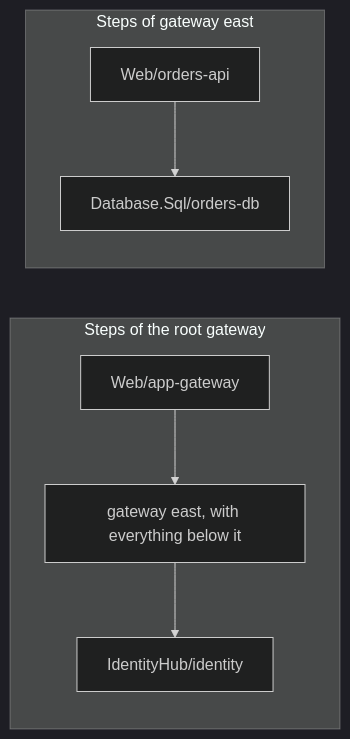
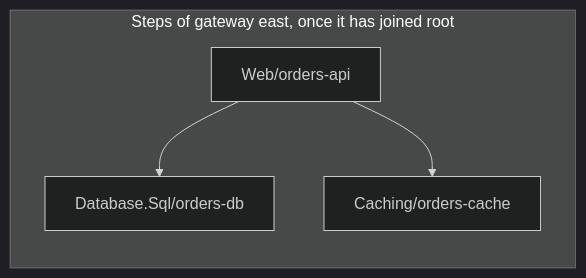
Before and after one commit to assimalign/cohesion: the third of 3 diagrams in libraries/ApplicationModel/Assimalign.Cohesion.ApplicationModel.Gateway/docs/DESIGN.md, drawn with Mermaid (dark theme). The commit also changed other lines of this file and 83 other files, not shown here.

````diff
--- a/libraries/ApplicationModel/Assimalign.Cohesion.ApplicationModel.Gateway/docs/DESIGN.md
+++ b/libraries/ApplicationModel/Assimalign.Cohesion.ApplicationModel.Gateway/docs/DESIGN.md
@@ -87,15 +96,10 @@
 ```mermaid
 flowchart LR
-    subgraph root["Steps of the root gateway"]
-        App["Web/app-gateway"]
-        East["gateway east, with everything below it"]
-        Identity["IdentityHub/identity"]
-    end
-    subgraph east["Steps of gateway east"]
+    subgraph east["Steps of gateway east, once it has joined root"]
         Api["Web/orders-api"]
         Db["Database.Sql/orders-db"]
+        Cache["Caching/orders-cache"]
     end
-    App --> East
-    East --> Identity
     Api --> Db
+    Api --> Cache
 ```
````
